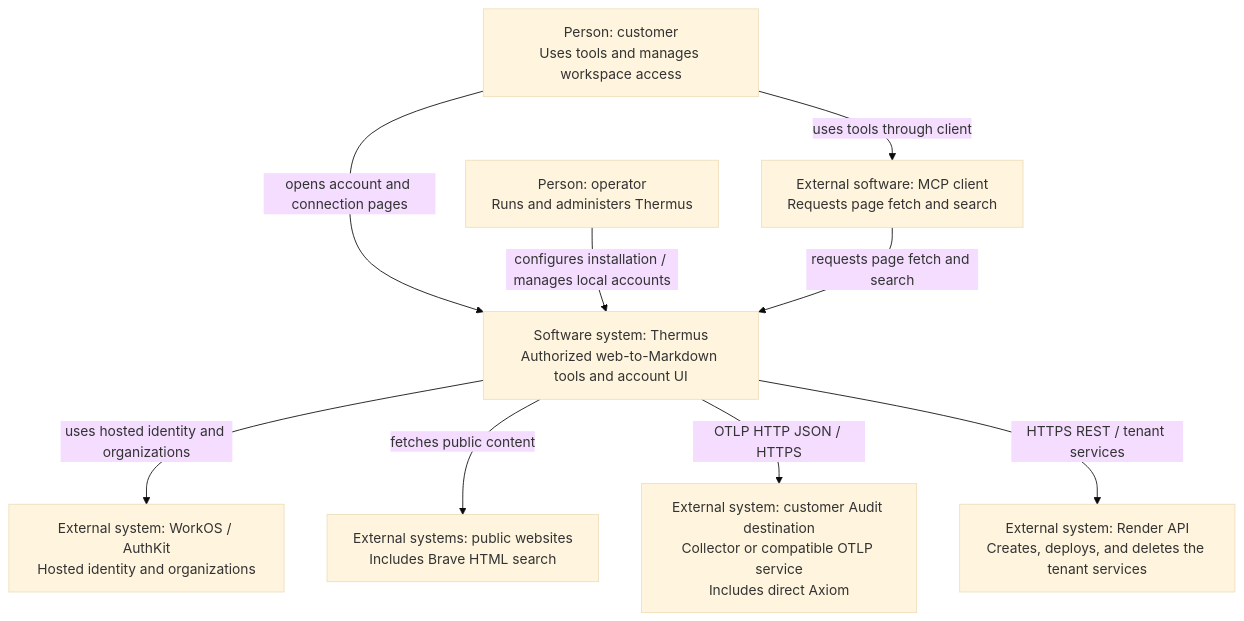
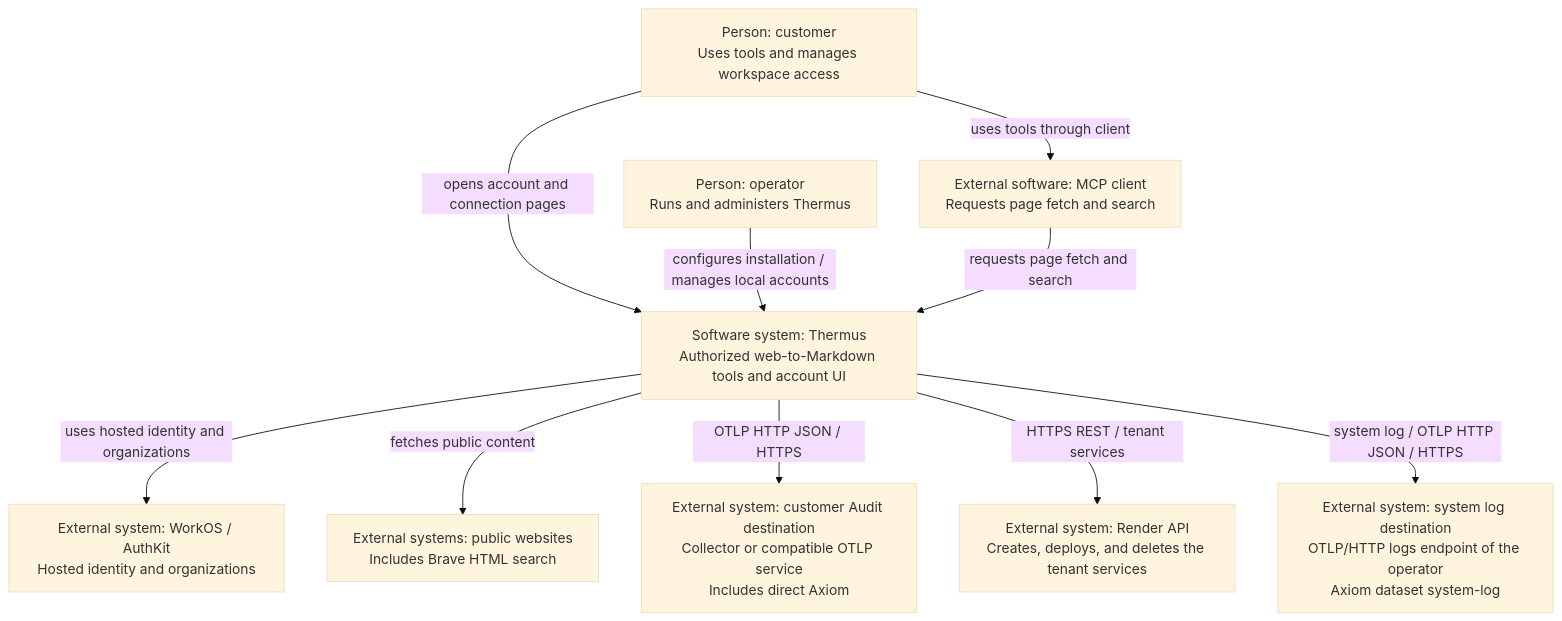
One commit to tomer-mayara/Thermus changed the first of 21 diagrams in architecture/components.md. Above: the diagram before and after it, drawn with Mermaid (base theme). The commit also changed other lines of this file and 30 other files, not shown here.

First line of the commit message:
Export the control plane system log to Axiom through OtelSystemLogSink (SO-11a) (#287)

````diff
--- a/architecture/components.md
+++ b/architecture/components.md
@@ -34,20 +37,22 @@
 ```mermaid
 %%{init: {"flowchart": {"wrappingWidth": 260}}}%%
 flowchart TB
   context_customer["Person: customer<br/>Uses tools and manages workspace access"]
   context_operator["Person: operator<br/>Runs and administers Thermus"]
   context_client["External software: MCP client<br/>Requests page fetch and search"]
   context_thermus["Software system: Thermus<br/>Authorized web-to-Markdown tools and account UI"]
   context_workos["External system: WorkOS / AuthKit<br/>Hosted identity and organizations"]
   context_public["External systems: public websites<br/>Includes Brave HTML search"]
   context_collector["External system: customer Audit destination<br/>Collector or compatible OTLP service<br/>Includes direct Axiom"]
   context_render["External system: Render API<br/>Creates, deploys, and deletes the tenant services"]
+  context_systemlog["External system: system log destination<br/>OTLP/HTTP logs endpoint of the operator<br/>Axiom dataset system-log"]
   context_customer -->|uses tools through client| context_client
   context_customer -->|opens account and connection pages| context_thermus
   context_operator -->|configures installation / manages local accounts| context_thermus
   context_client -->|requests page fetch and search| context_thermus
   context_thermus -->|uses hosted identity and organizations| context_workos
   context_thermus -->|fetches public content| context_public
   context_thermus -->|OTLP HTTP JSON / HTTPS| context_collector
   context_thermus -->|HTTPS REST / tenant services| context_render
+  context_thermus -->|system log / OTLP HTTP JSON / HTTPS| context_systemlog
 ```
````
